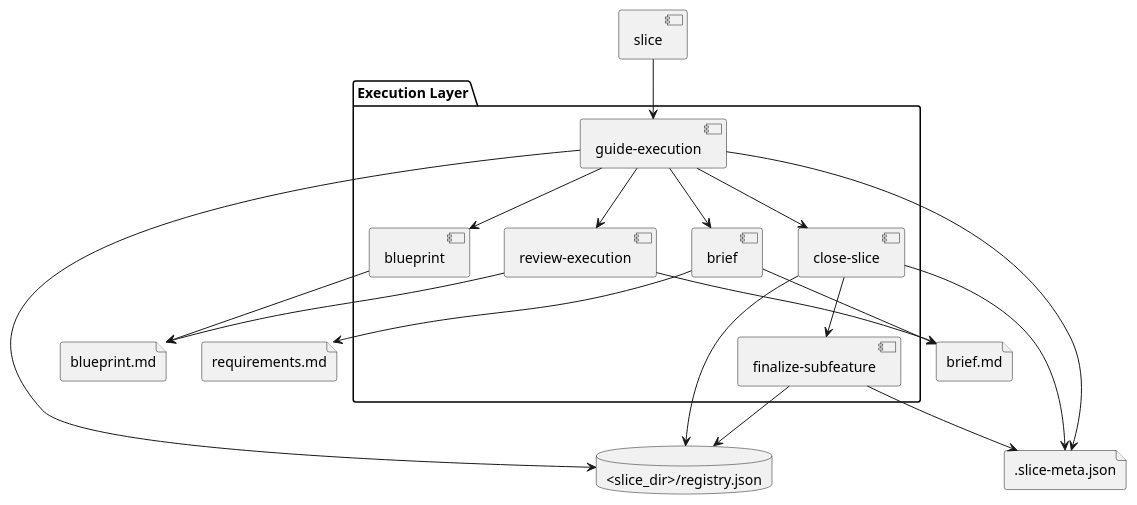
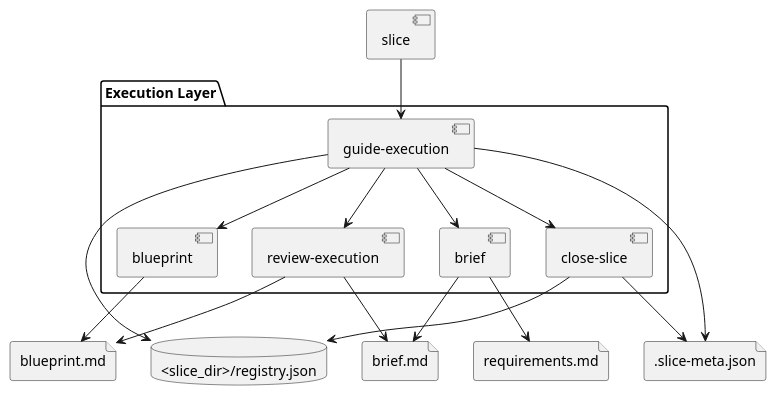
Before and after one commit to sirius-cc-wu/sirius-skills: the diagram in docs/features/execution-workflow/system-design.md, drawn with PlantUML. The commit also changed other lines of this file and 16 other files, not shown here.

First line of the commit message:
skills: remove finalize-subfeature workflow

````diff
--- a/docs/features/execution-workflow/system-design.md
+++ b/docs/features/execution-workflow/system-design.md
@@ -41,36 +40,32 @@
 ```plantuml
 @startuml
 package "Execution Layer" {
   [guide-execution]
   [brief]
   [blueprint]
   [review-execution]
   [close-slice]
-  [finalize-subfeature]
 }
 
 database "<slice_dir>/registry.json" as Registry
 file ".slice-meta.json" as Meta
 file "brief.md" as Brief
 file "blueprint.md" as PlanDoc
 file "requirements.md" as Requirements
 
 [slice] --> [guide-execution]
 [guide-execution] --> Registry
 [guide-execution] --> Meta
 [guide-execution] --> [brief]
 [guide-execution] --> [blueprint]
 [guide-execution] --> [review-execution]
 [guide-execution] --> [close-slice]
-[close-slice] --> [finalize-subfeature]
 [brief] --> Brief
 [brief] --> Requirements
 [blueprint] --> PlanDoc
 [review-execution] --> Brief
 [review-execution] --> PlanDoc
 [close-slice] --> Meta
 [close-slice] --> Registry
-[finalize-subfeature] --> Registry
-[finalize-subfeature] --> Meta
 @enduml
 ```
````
